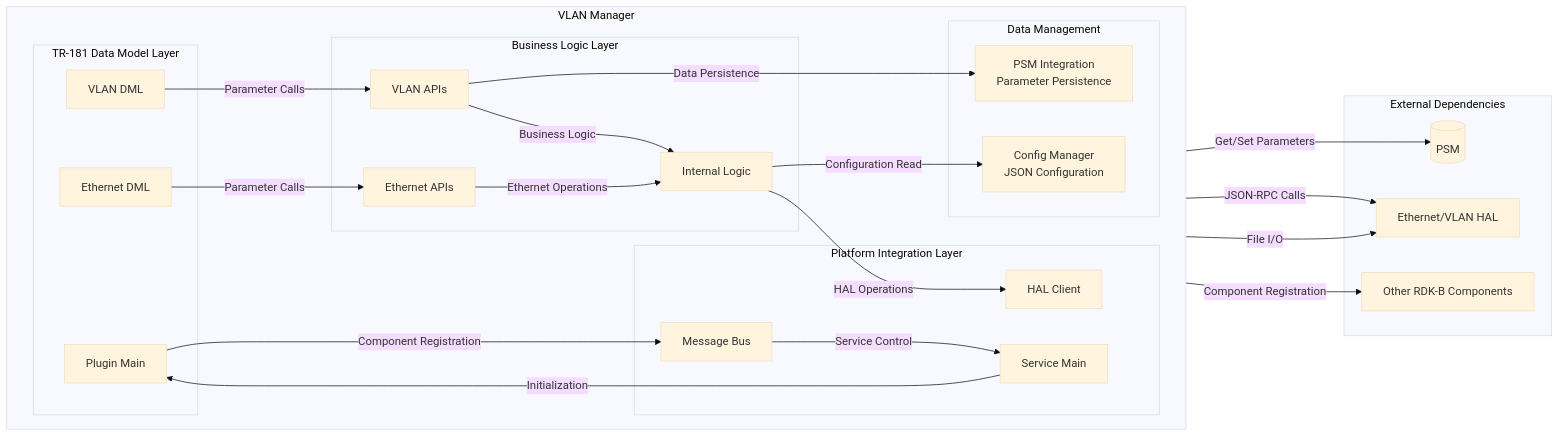
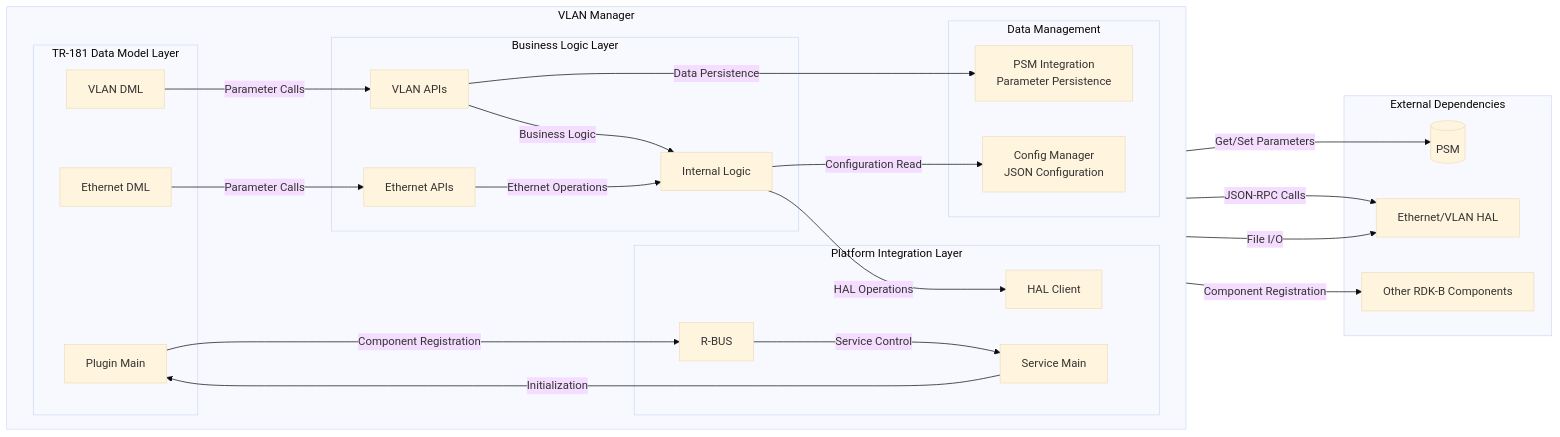
Before and after one commit to raslam930/vlan-manager: the second of 7 diagrams in README.md, drawn with Mermaid (base theme). The commit also changed other lines of this file, not shown here.

````diff
--- a/README.md
+++ b/README.md
@@ -76,55 +75,55 @@
 ```mermaid
 graph LR
     subgraph VLANManager ["VLAN Manager"]
         direction LR
         subgraph TR181Layer ["TR-181 Data Model Layer"]
             DMLEth["Ethernet DML"]
             DMLVlan["VLAN DML"]
             PluginMain["Plugin Main"]
         end
-        
+
         subgraph BusinessLofic ["Business Logic Layer"]
             VlanAPIs["VLAN APIs"]
             EthAPIs["Ethernet APIs"]
             Internal["Internal Logic"]
         end
-        
+
         subgraph PlatformIntegration ["Platform Integration Layer"]
             HALClient["HAL Client"]
-            BusInterface["Message Bus"]
+            BusInterface["R-BUS"]
             SSPMain["Service Main"]
         end
-        
+
         subgraph DataMgmt ["Data Management"]
             PSMCache["PSM Integration<br>Parameter Persistence"]
             ConfigMgr["Config Manager<br>JSON Configuration"]
         end
     end
 
     subgraph ExternalSystem ["External Dependencies"]
         PSMComp[("PSM")]
         HALLayer["Ethernet/VLAN HAL"]
         rdkbComponent["Other RDK-B Components"]
     end
 
     %% Internal Component Interactions
     DMLEth -->|Parameter Calls| EthAPIs
     DMLVlan -->|Parameter Calls| VlanAPIs
     PluginMain -->|Component Registration| BusInterface
-    
+
     VlanAPIs -->|Business Logic| Internal
     EthAPIs -->|Ethernet Operations| Internal
     Internal -->|HAL Operations| HALClient
-    
+
     VlanAPIs -->|Data Persistence| PSMCache
     Internal -->|Configuration Read| ConfigMgr
-    
+
     BusInterface -->|Service Control| SSPMain
     SSPMain -->|Initialization| PluginMain
 
     %% External System Interactions
     PSMCache -->|Get/Set Parameters| PSMComp
     HALClient -->|JSON-RPC Calls| HALLayer
     BusInterface -->|Component Registration| rdkbComponent
     ConfigMgr -->|File I/O| HALLayer
 ```
````
